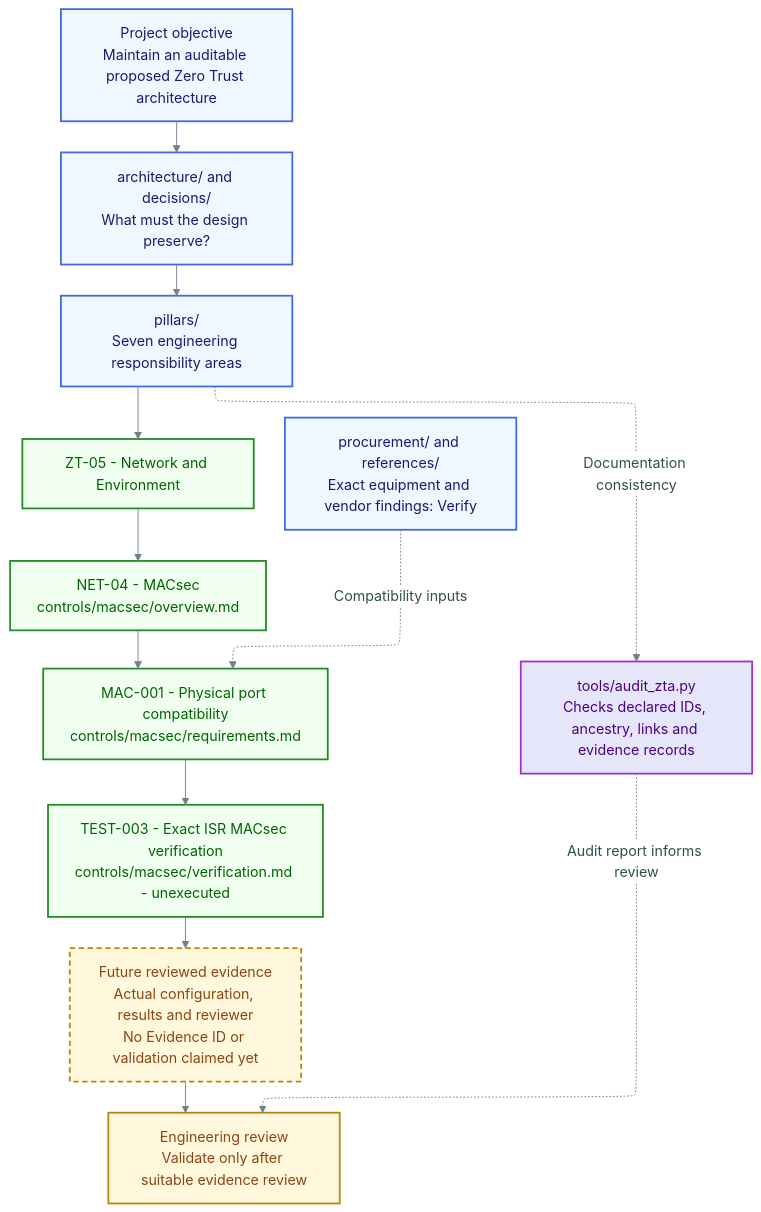
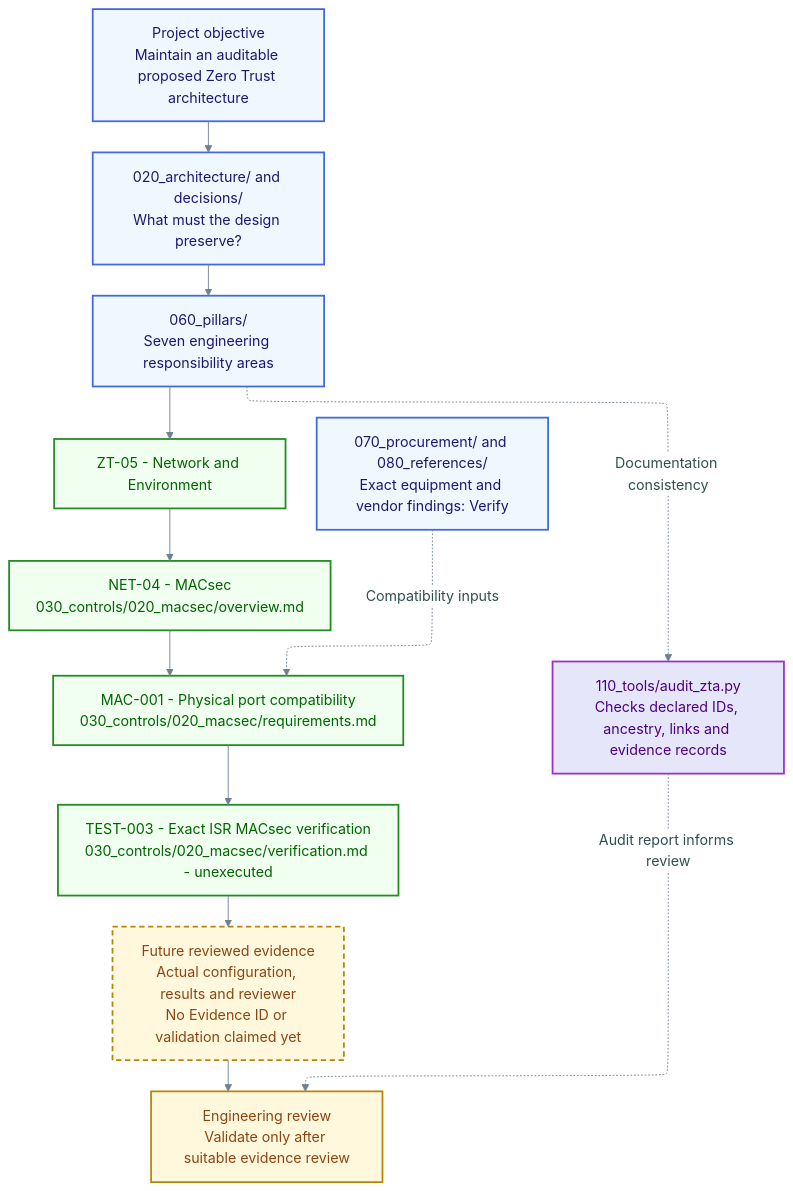
One commit to scufflegrits/zta-decomposition changed the second of 2 diagrams in zta-project-guide.md. Above: the diagram before and after it, drawn with Mermaid. The commit also changed other lines of this file and 115 other files, not shown here.

````diff
--- a/zta-project-guide.md
+++ b/zta-project-guide.md
@@ -110,55 +110,55 @@
 ```mermaid
 ---
 config:
   # Base permits explicit role colors.
   theme: base
   # Top-down ELK is the project convention.
   layout: elk
   themeVariables:
     # Use CSS named colors as required by project standard r1.0.6.
     background: "white"
     primaryTextColor: "darkslategray"
     lineColor: "slategray"
     edgeLabelBackground: "white"
     clusterBkg: "white"
     clusterBorder: "lightslategray"
   flowchart:
     htmlLabels: true
     nodeSpacing: 35
     rankSpacing: 55
 ---
 %% Document workflow and real MACsec IDs; evidence is intentionally unassigned.
 flowchart TB
   PROJECT_ROOT["Project objective<br/>Maintain an auditable proposed Zero Trust architecture"]
-  PROJECT_BASELINE["architecture/ and decisions/<br/>What must the design preserve?"]
-  PROJECT_PILLARS["pillars/<br/>Seven engineering responsibility areas"]
+  PROJECT_BASELINE["020_architecture/ and decisions/<br/>What must the design preserve?"]
+  PROJECT_PILLARS["060_pillars/<br/>Seven engineering responsibility areas"]
   PILLAR_NETWORK["ZT-05 - Network and Environment"]
-  CONTROL_MACSEC["NET-04 - MACsec<br/>controls/macsec/overview.md"]
-  REQUIREMENT_PORTS["MAC-001 - Physical port compatibility<br/>controls/macsec/requirements.md"]
-  TEST_ISR["TEST-003 - Exact ISR MACsec verification<br/>controls/macsec/verification.md - unexecuted"]
+  CONTROL_MACSEC["NET-04 - MACsec<br/>030_controls/020_macsec/overview.md"]
+  REQUIREMENT_PORTS["MAC-001 - Physical port compatibility<br/>030_controls/020_macsec/requirements.md"]
+  TEST_ISR["TEST-003 - Exact ISR MACsec verification<br/>030_controls/020_macsec/verification.md - unexecuted"]
   FUTURE_EVIDENCE["Future reviewed evidence<br/>Actual configuration, results and reviewer<br/>No Evidence ID or validation claimed yet"]
-  PROCUREMENT_INPUT["procurement/ and references/<br/>Exact equipment and vendor findings: Verify"]
-  AUDIT_TOOL["tools/audit_zta.py<br/>Checks declared IDs, ancestry, links and evidence records"]
+  PROCUREMENT_INPUT["070_procurement/ and 080_references/<br/>Exact equipment and vendor findings: Verify"]
+  AUDIT_TOOL["110_tools/audit_zta.py<br/>Checks declared IDs, ancestry, links and evidence records"]
   REVIEW_GATE["Engineering review<br/>Validate only after suitable evidence review"]
   PROJECT_ROOT --> PROJECT_BASELINE
   PROJECT_BASELINE --> PROJECT_PILLARS
   PROJECT_PILLARS --> PILLAR_NETWORK
   PILLAR_NETWORK --> CONTROL_MACSEC
   CONTROL_MACSEC --> REQUIREMENT_PORTS
   REQUIREMENT_PORTS --> TEST_ISR
   TEST_ISR --> FUTURE_EVIDENCE
   PROCUREMENT_INPUT -.->|"Compatibility inputs"| REQUIREMENT_PORTS
   FUTURE_EVIDENCE --> REVIEW_GATE
   PROJECT_PILLARS -.->|"Documentation consistency"| AUDIT_TOOL
   AUDIT_TOOL -.->|"Audit report informs review"| REVIEW_GATE
   classDef nodeDocument fill:aliceblue,stroke:royalblue,color:midnightblue,stroke-width:2px
   classDef nodeControl fill:honeydew,stroke:forestgreen,color:darkgreen,stroke-width:2px
   classDef nodeReview fill:cornsilk,stroke:darkgoldenrod,color:saddlebrown,stroke-width:2px
   classDef nodeTool fill:lavender,stroke:darkorchid,color:indigo,stroke-width:2px
   classDef statePending stroke-dasharray:6 4
   class PROJECT_ROOT,PROJECT_BASELINE,PROJECT_PILLARS,PROCUREMENT_INPUT nodeDocument
   class PILLAR_NETWORK,CONTROL_MACSEC,REQUIREMENT_PORTS,TEST_ISR nodeControl
   class FUTURE_EVIDENCE,REVIEW_GATE nodeReview
   class FUTURE_EVIDENCE statePending
   class AUDIT_TOOL nodeTool
 ```
````
